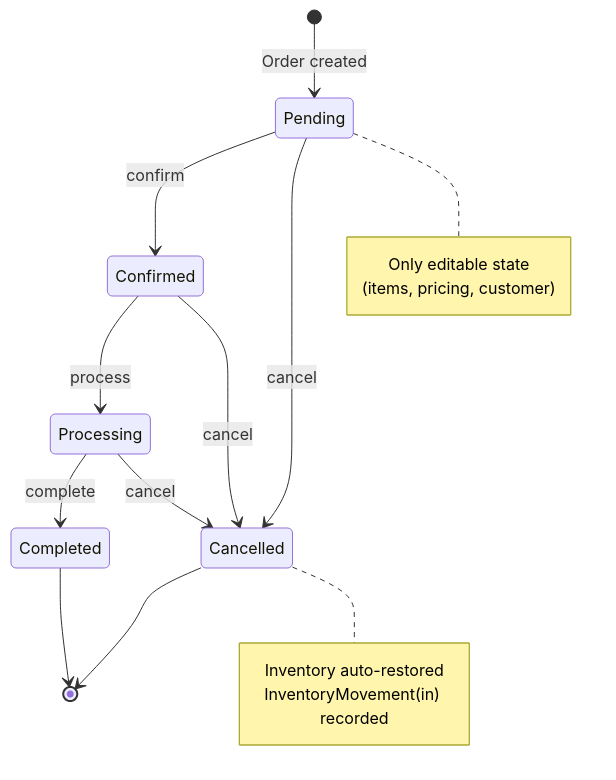
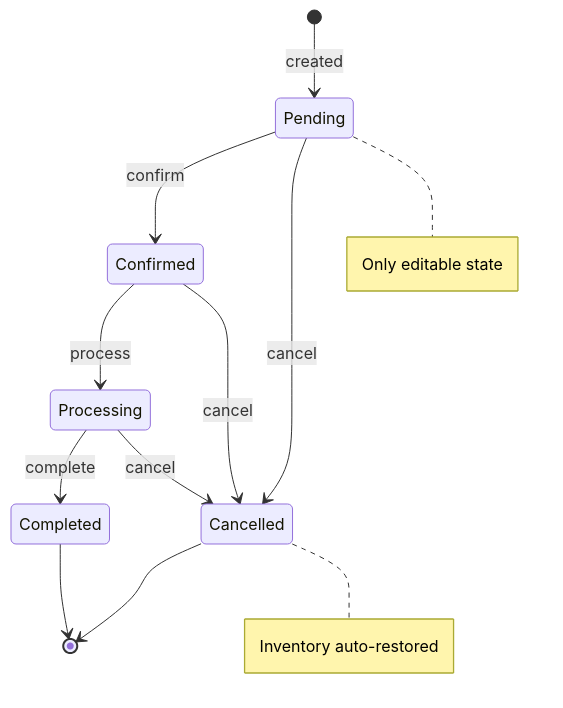
One commit to hasan-sakib/fusionerp changed the fourth of 4 diagrams in README.md. Above: the diagram before and after it, drawn with Mermaid. The commit also changed other lines of this file, not shown here.

Commit message:
docs: Update README to enhance project overview, architecture details, and module descriptions

````diff
--- a/README.md
+++ b/README.md
@@ -281,15 +244,15 @@
 ```mermaid
 stateDiagram-v2
-    [*] --> Pending : Order created
+    [*] --> Pending : created
     Pending --> Confirmed : confirm
     Pending --> Cancelled : cancel
     Confirmed --> Processing : process
     Confirmed --> Cancelled : cancel
     Processing --> Completed : complete
     Processing --> Cancelled : cancel
     Completed --> [*]
     Cancelled --> [*]
 
-    note right of Cancelled : Inventory auto-restored<br/>InventoryMovement(in) recorded
-    note right of Pending : Only editable state<br/>(items, pricing, customer)
+    note right of Cancelled : Inventory auto-restored
+    note right of Pending : Only editable state
 ```
````
